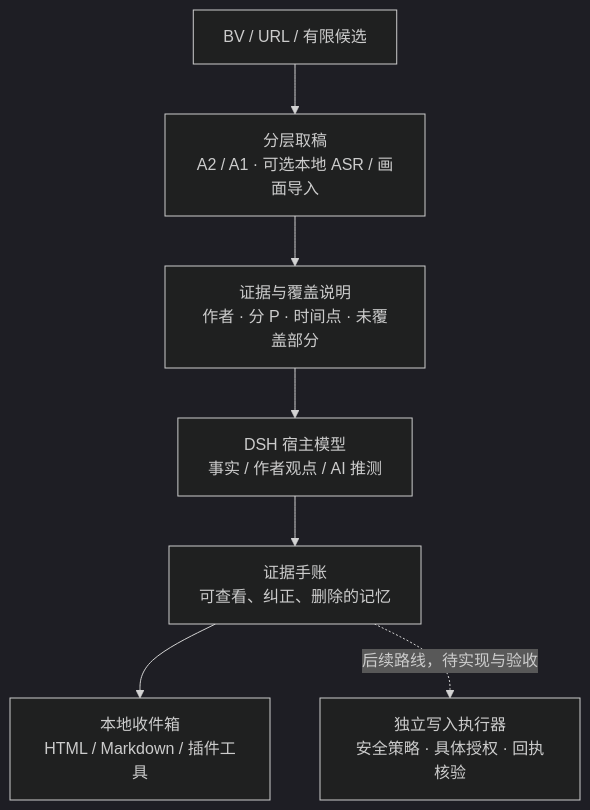
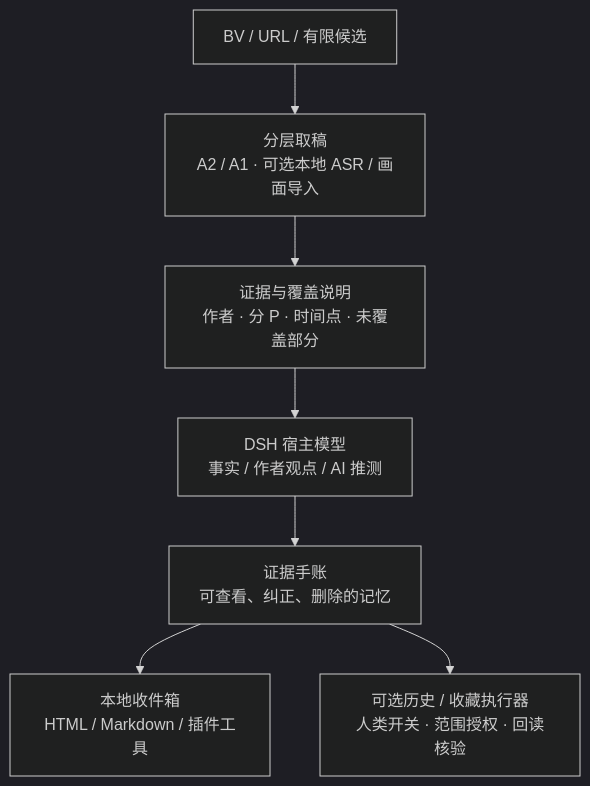
One commit to 333zzz33364/dsh-bili-humanism changed the diagram in README.md. Above: the diagram before and after it, drawn with Mermaid (dark theme). The commit also changed other lines of this file and 20 other files, not shown here.

````diff
--- a/README.md
+++ b/README.md
@@ -19,9 +19,9 @@
 ```mermaid
 flowchart TB
     A["BV / URL / 有限候选"] --> B["分层取稿<br/>A2 / A1 · 可选本地 ASR / 画面导入"]
     B --> C["证据与覆盖说明<br/>作者 · 分 P · 时间点 · 未覆盖部分"]
     C --> D["DSH 宿主模型<br/>事实 / 作者观点 / AI 推测"]
     D --> E["证据手账<br/>可查看、纠正、删除的记忆"]
     E --> F["本地收件箱<br/>HTML / Markdown / 插件工具"]
-    E -. "后续路线，待实现与验收" .-> G["独立写入执行器<br/>安全策略 · 具体授权 · 回执核验"]
+    E --> G["可选历史 / 收藏执行器<br/>人类开关 · 范围授权 · 回读核验"]
 ```
````
